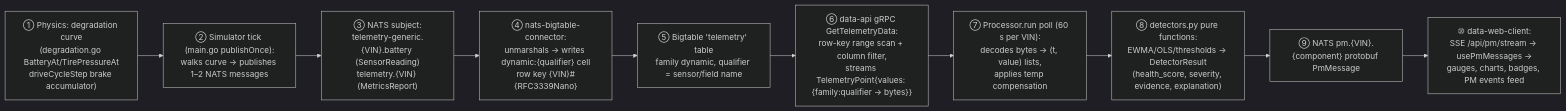
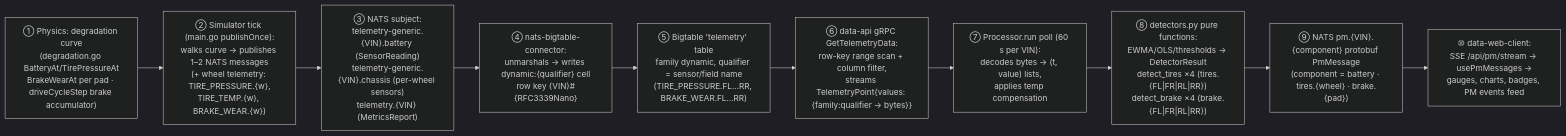
One commit to Atri10/nexus-sdv changed the diagram in docs/superpowers/research/2026-08-15-pm-use-case-end-to-end.md. Above: the diagram before and after it, drawn with Mermaid (dark theme). The commit also changed other lines of this file and 1 other file, not shown here.

First line of the commit message:
docs(pm): sync implementation + use-case docs to per-wheel continuous meters

````diff
--- a/docs/superpowers/research/2026-08-15-pm-use-case-end-to-end.md
+++ b/docs/superpowers/research/2026-08-15-pm-use-case-end-to-end.md
@@ -22,14 +22,14 @@
 ```mermaid
 flowchart LR
-  P["① Physics: degradation curve<br/>(degradation.go BatteryAt/TirePressureAt<br/>driveCycleStep brake accumulator)"]
-  S["② Simulator tick (main.go publishOnce):<br/>walks curve → publishes 1–2 NATS messages"]
-  B["③ NATS subject:<br/>telemetry-generic.{VIN}.battery (SensorReading)<br/>telemetry.{VIN} (MetricsReport)"]
+  P["① Physics: degradation curve<br/>(degradation.go BatteryAt/TirePressureAt<br/>BrakeWearAt per pad · driveCycleStep brake accumulator)"]
+  S["② Simulator tick (main.go publishOnce):<br/>walks curve → publishes 1–2 NATS messages<br/>(+ wheel telemetry: TIRE_PRESSURE.{w},<br/>TIRE_TEMP.{w}, BRAKE_WEAR.{w})"]
+  B["③ NATS subject:<br/>telemetry-generic.{VIN}.battery (SensorReading)<br/>telemetry-generic.{VIN}.chassis (per-wheel sensors)<br/>telemetry.{VIN} (MetricsReport)"]
   C["④ nats-bigtable-connector:<br/>unmarshals → writes dynamic:{qualifier} cell<br/>row key {VIN}#{RFC3339Nano}"]
-  T["⑤ Bigtable 'telemetry' table<br/>family dynamic, qualifier = sensor/field name"]
+  T["⑤ Bigtable 'telemetry' table<br/>family dynamic, qualifier = sensor/field name<br/>(TIRE_PRESSURE.FL…RR, BRAKE_WEAR.FL…RR)"]
   A["⑥ data-api gRPC GetTelemetryData:<br/>row-key range scan + column filter,<br/>streams TelemetryPoint{values: {family:qualifier → bytes}}"]
   PR["⑦ Processor.run poll (60 s per VIN):<br/>decodes bytes → (t, value) lists,<br/>applies temp compensation"]
-  D["⑧ detectors.py pure functions:<br/>EWMA/OLS/thresholds → DetectorResult<br/>(health_score, severity, evidence, explanation)"]
-  N["⑨ NATS pm.{VIN}.{component} protobuf PmMessage"]
+  D["⑧ detectors.py pure functions:<br/>EWMA/OLS/thresholds → DetectorResult<br/>detect_tires ×4 (tires.{FL|FR|RL|RR})<br/>detect_brake ×4 (brake.{FL|FR|RL|RR})"]
+  N["⑨ NATS pm.{VIN}.{component} protobuf PmMessage<br/>(component = battery · tires.{wheel} · brake.{pad})"]
   U["⑩ data-web-client:<br/>SSE /api/pm/stream → usePmMessages →<br/>gauges, charts, badges, PM events feed"]
   P --> S --> B --> C --> T --> A --> PR --> D --> N --> U
 ```
````
